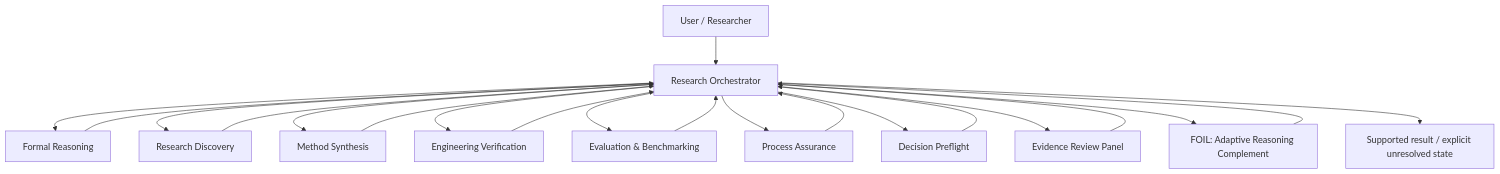
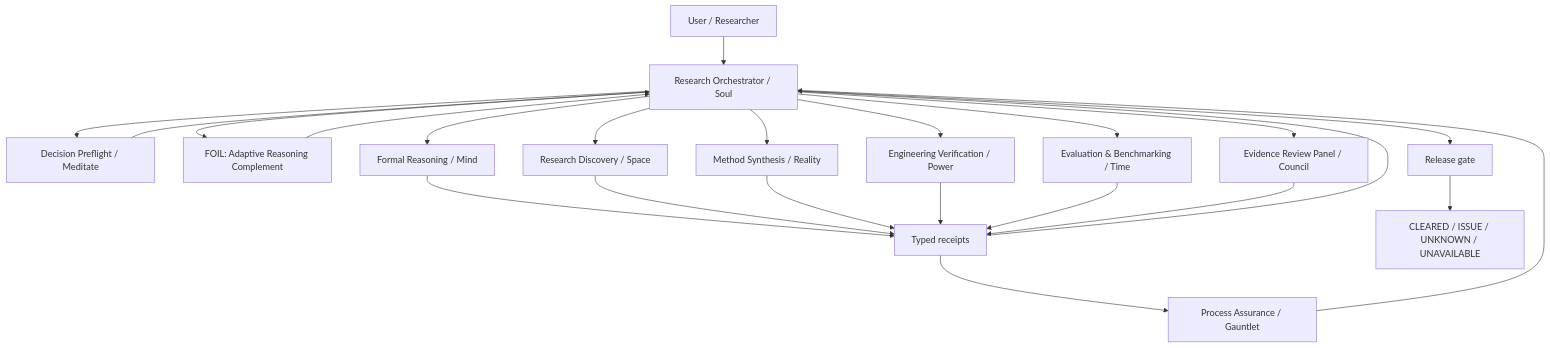
One commit to Kitahl/The-Gauntlet changed the diagram in docs/ARCHITECTURE.md. Above: the diagram before and after it, drawn with Mermaid. The commit also changed other lines of this file and 114 other files, not shown here.

````diff
--- a/docs/ARCHITECTURE.md
+++ b/docs/ARCHITECTURE.md
@@ -7,25 +7,26 @@
 ```mermaid
 flowchart TD
-    U[User / Researcher] --> O[Research Orchestrator]
-    O --> F[Formal Reasoning]
-    O --> D[Research Discovery]
-    O --> S[Method Synthesis]
-    O --> E[Engineering Verification]
-    O --> B[Evaluation & Benchmarking]
-    O --> P[Process Assurance]
-    O --> Q[Decision Preflight]
-    O --> R[Evidence Review Panel]
+    U[User / Researcher] --> O[Research Orchestrator / Soul]
+    O --> Q[Decision Preflight / Meditate]
     O --> A[FOIL: Adaptive Reasoning Complement]
+    O --> F[Formal Reasoning / Mind]
+    O --> D[Research Discovery / Space]
+    O --> S[Method Synthesis / Reality]
+    O --> E[Engineering Verification / Power]
+    O --> B[Evaluation & Benchmarking / Time]
+    O --> R[Evidence Review Panel / Council]
 
-    F --> O
-    D --> O
-    S --> O
-    E --> O
-    B --> O
+    Q --> O
+    A --> O
+    F --> X[Typed receipts]
+    D --> X
+    S --> X
+    E --> X
+    B --> X
+    R --> X
+    X --> P[Process Assurance / Gauntlet]
     P --> O
-    Q --> O
-    R --> O
-    A --> O
-
-    O --> X[Supported result / explicit unresolved state]
+    X --> O
+    O --> G[Release gate]
+    G --> Z[CLEARED / ISSUE / UNKNOWN / UNAVAILABLE]
 ```
````
